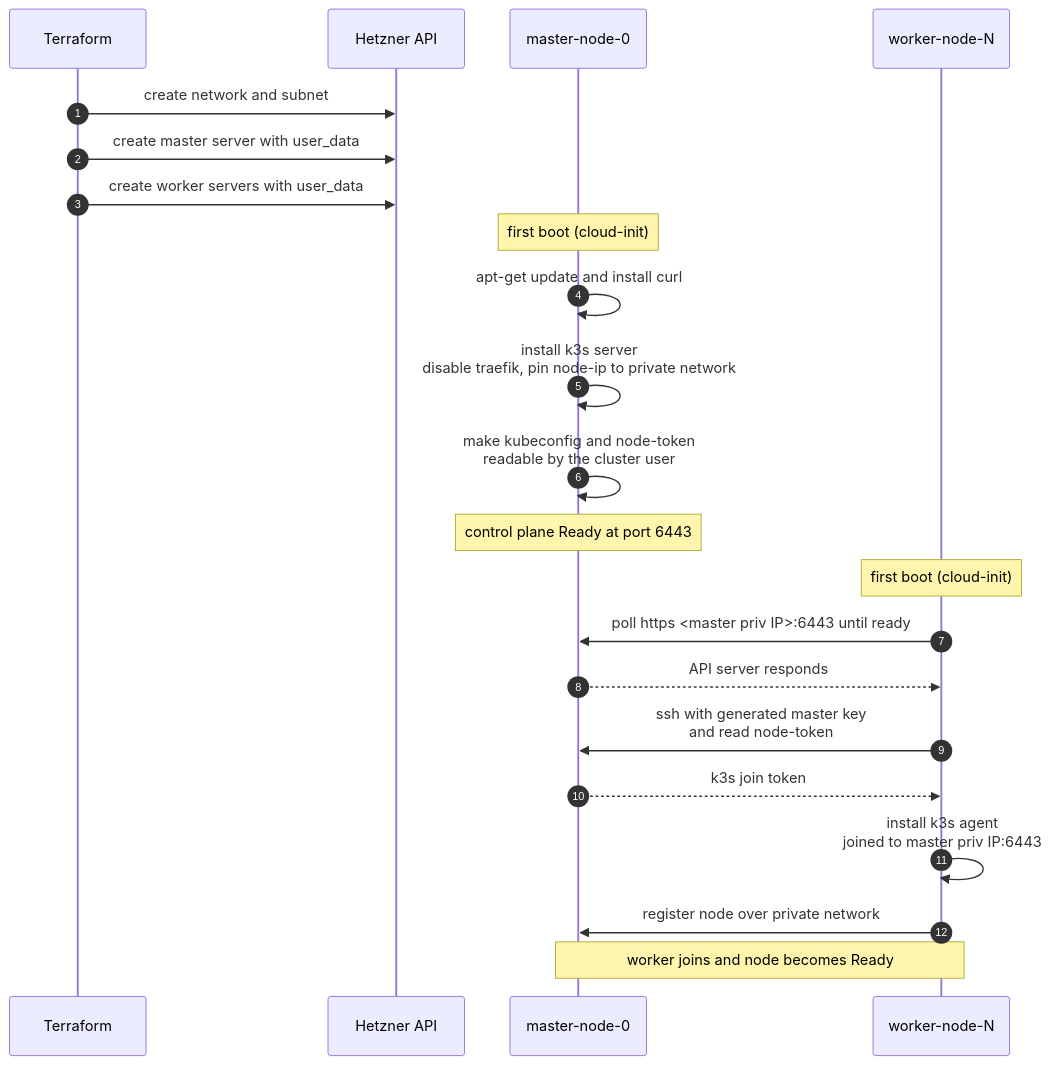
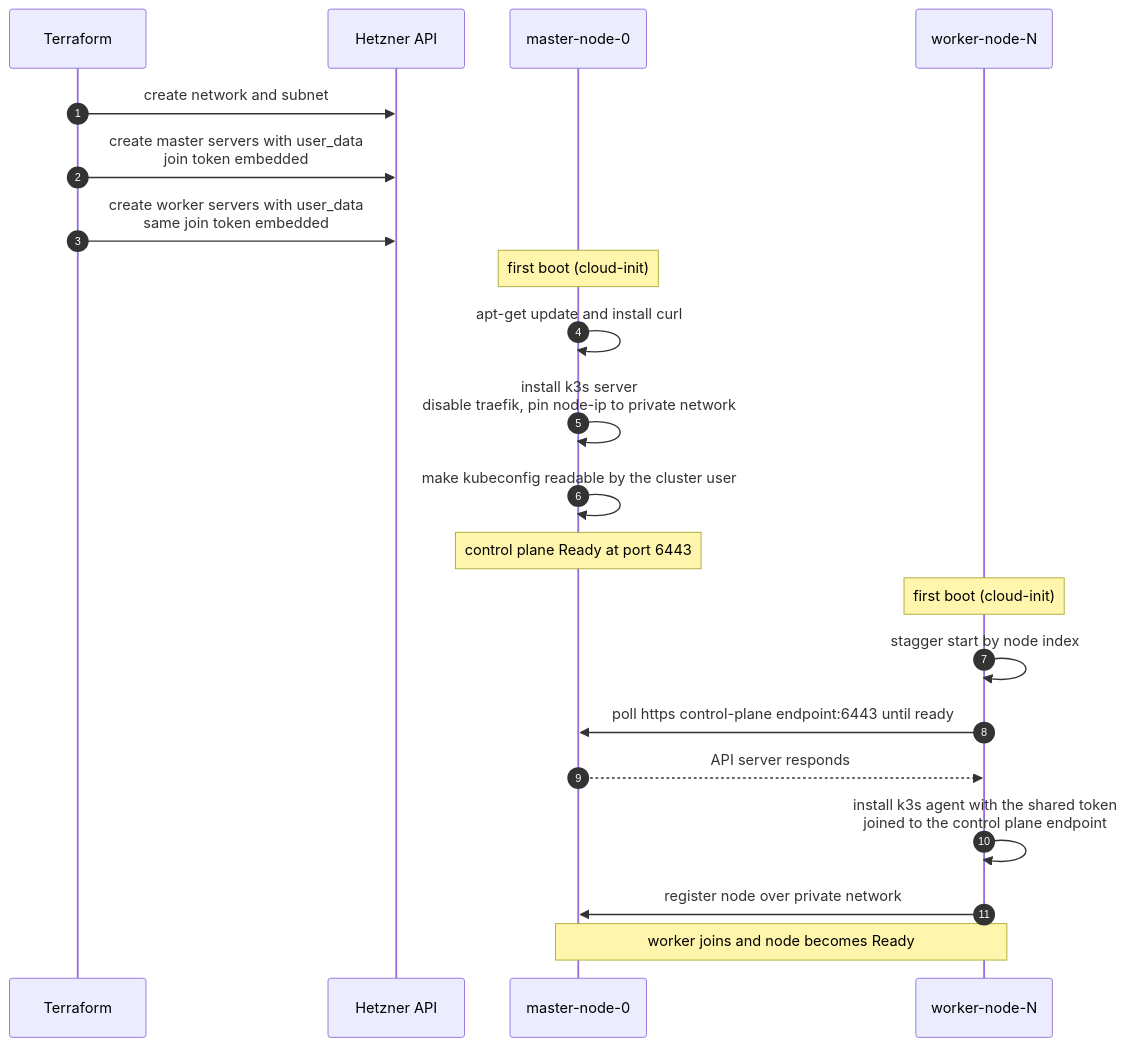
The fourth of 6 diagrams in docs/02-architecture.md (pawel150199/hcloud-k8s-cluster), drawn with Mermaid before and after one commit. The commit also changed other lines of this file and 13 other files, not shown here.

````diff
--- a/docs/02-architecture.md
+++ b/docs/02-architecture.md
@@ -129,27 +129,26 @@
 ```mermaid
 sequenceDiagram
   autonumber
   participant TF as Terraform
   participant HC as Hetzner API
   participant M as master-node-0
   participant W as worker-node-N
 
   TF->>HC: create network and subnet
-  TF->>HC: create master server with user_data
-  TF->>HC: create worker servers with user_data
+  TF->>HC: create master servers with user_data<br/>join token embedded
+  TF->>HC: create worker servers with user_data<br/>same join token embedded
 
   Note over M: first boot (cloud-init)
   M->>M: apt-get update and install curl
   M->>M: install k3s server<br/>disable traefik, pin node-ip to private network
-  M->>M: make kubeconfig and node-token<br/>readable by the cluster user
+  M->>M: make kubeconfig readable by the cluster user
   Note over M: control plane Ready at port 6443
 
   Note over W: first boot (cloud-init)
-  W->>M: poll https <master priv IP>:6443 until ready
+  W->>W: stagger start by node index
+  W->>M: poll https control-plane endpoint:6443 until ready
   M-->>W: API server responds
-  W->>M: ssh with generated master key<br/>and read node-token
-  M-->>W: k3s join token
-  W->>W: install k3s agent<br/>joined to master priv IP:6443
+  W->>W: install k3s agent with the shared token<br/>joined to the control plane endpoint
   W->>M: register node over private network
   Note over M,W: worker joins and node becomes Ready
 ```
````
